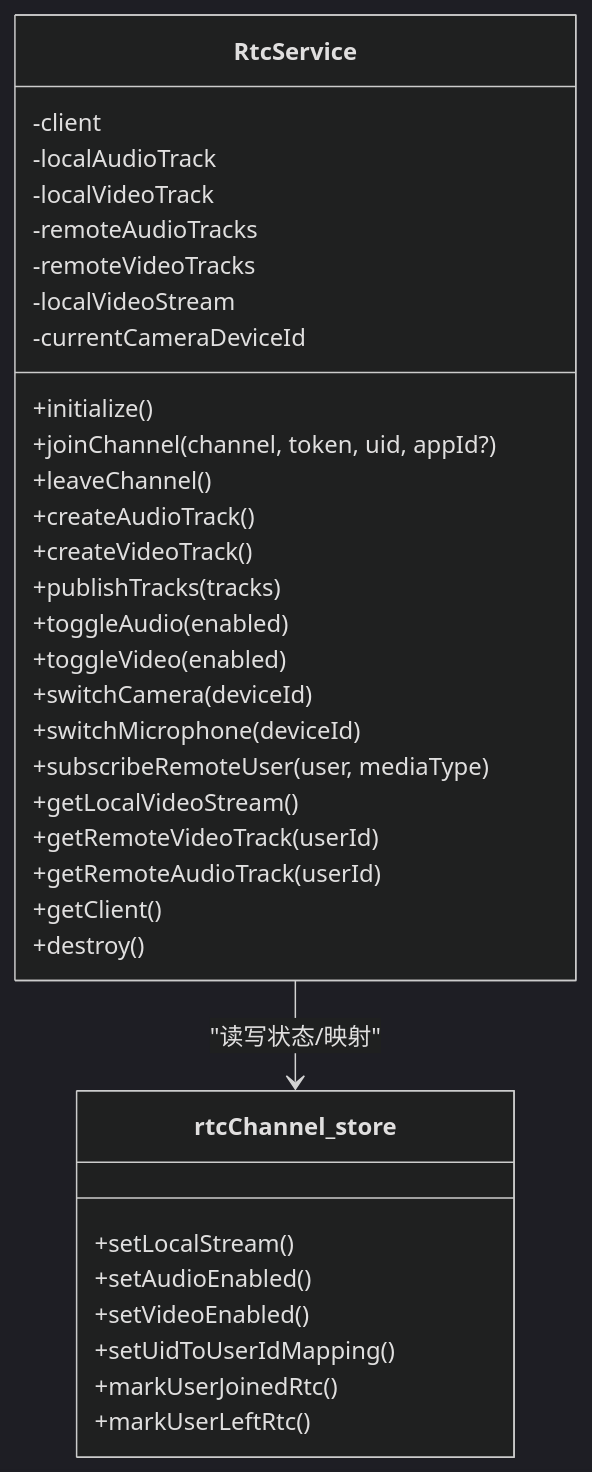
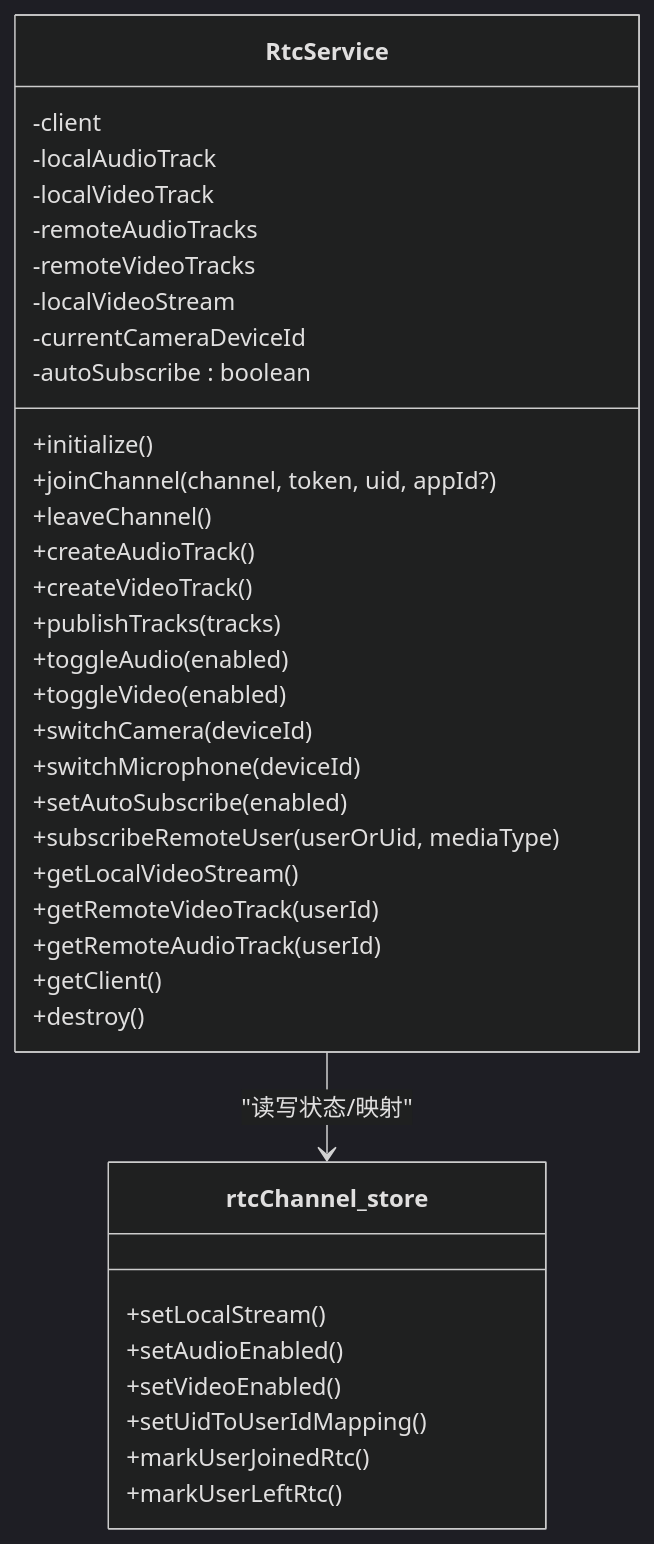
The fifth of 11 diagrams in .qoder/repowiki/zh/content/组合式 API/RTC 服务 API.md (Easemob-Community/easemob-uikit-callkit-vue3), drawn with Mermaid (dark theme) before and after one commit. The commit also changed other lines of this file and 54 other files, not shown here.

````diff
--- a/.qoder/repowiki/zh/content/组合式 API/RTC 服务 API.md
+++ b/.qoder/repowiki/zh/content/组合式 API/RTC 服务 API.md
@@ -252,37 +306,39 @@
 ```mermaid
 classDiagram
 class RtcService {
 -client
 -localAudioTrack
 -localVideoTrack
 -remoteAudioTracks
 -remoteVideoTracks
 -localVideoStream
 -currentCameraDeviceId
+-autoSubscribe : boolean
 +initialize()
 +joinChannel(channel, token, uid, appId?)
 +leaveChannel()
 +createAudioTrack()
 +createVideoTrack()
 +publishTracks(tracks)
 +toggleAudio(enabled)
 +toggleVideo(enabled)
 +switchCamera(deviceId)
 +switchMicrophone(deviceId)
-+subscribeRemoteUser(user, mediaType)
++setAutoSubscribe(enabled)
++subscribeRemoteUser(userOrUid, mediaType)
 +getLocalVideoStream()
 +getRemoteVideoTrack(userId)
 +getRemoteAudioTrack(userId)
 +getClient()
 +destroy()
 }
 class rtcChannel_store {
 +setLocalStream()
 +setAudioEnabled()
 +setVideoEnabled()
 +setUidToUserIdMapping()
 +markUserJoinedRtc()
 +markUserLeftRtc()
 }
 RtcService --> rtcChannel_store : "读写状态/映射"
 ```
````
